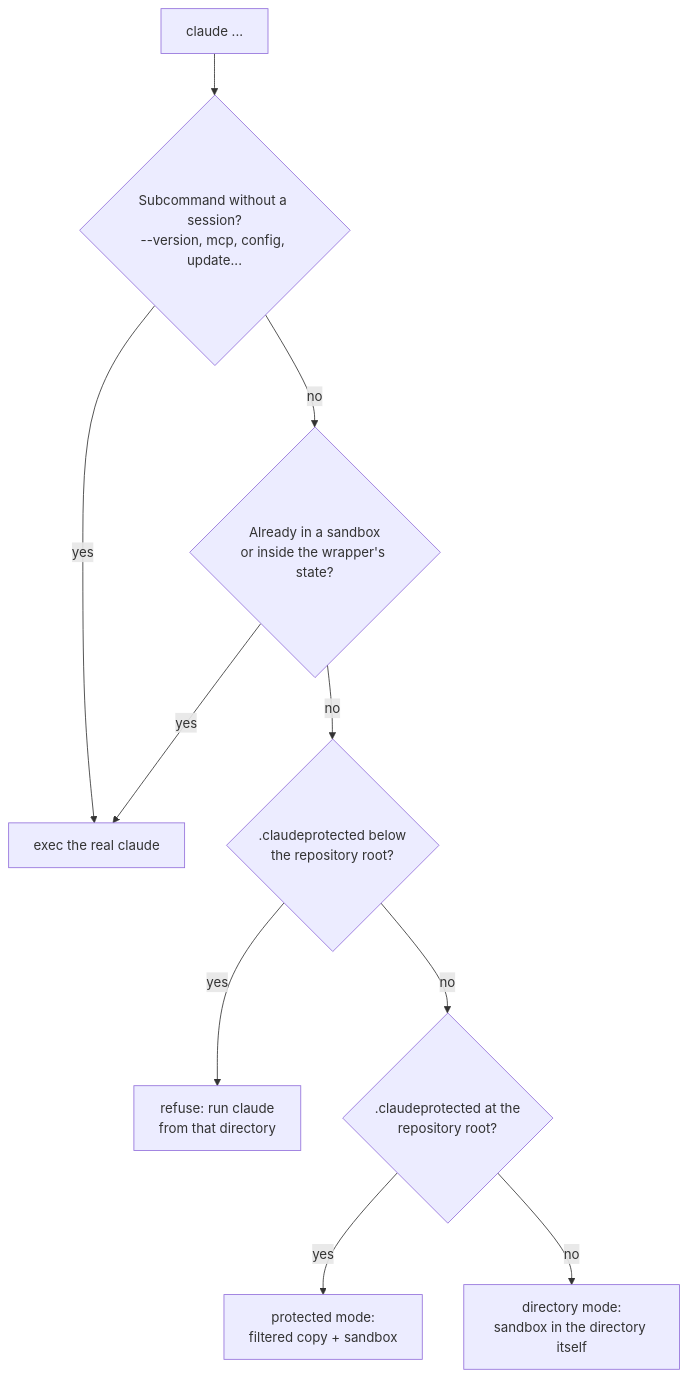
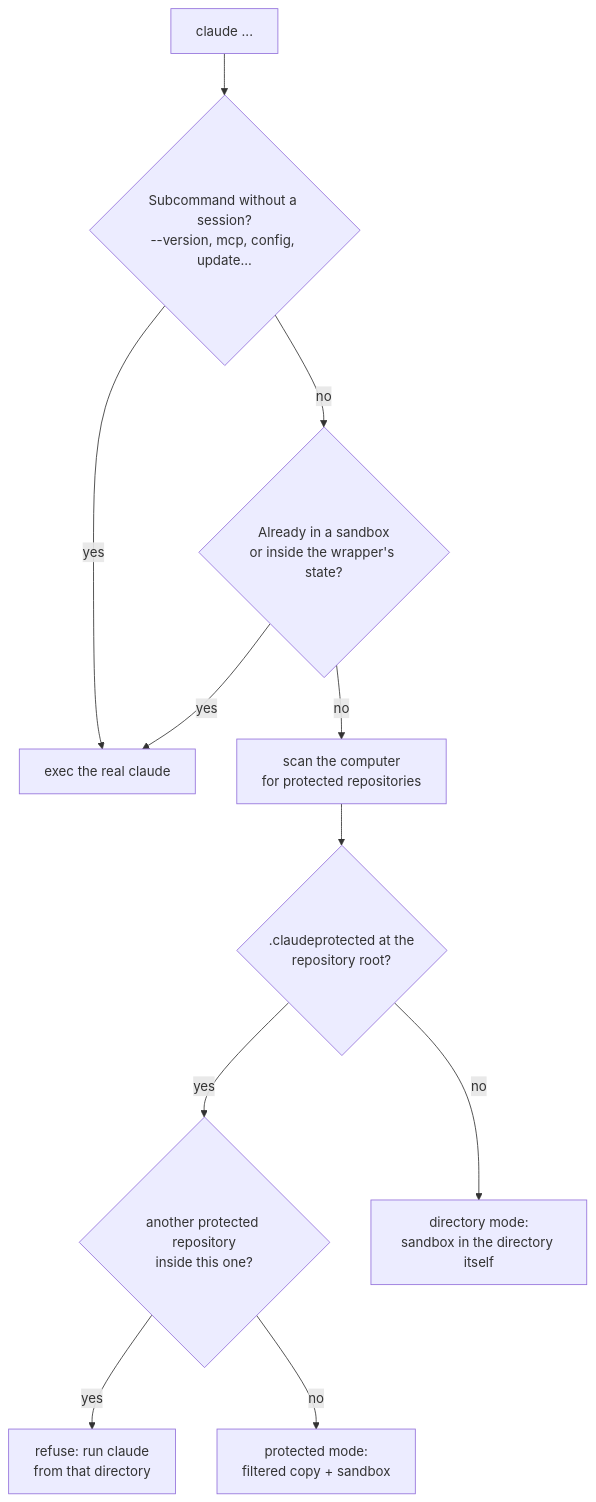
One commit to Lenstra/claude-secure-sandbox changed the second of 4 diagrams in docs/ARCHITECTURE.md. Above: the diagram before and after it, drawn with Mermaid. The commit also changed other lines of this file and 2 other files, not shown here.

First line of the commit message:
docs: document the denylist read model and the scan at each launch

````diff
--- a/docs/ARCHITECTURE.md
+++ b/docs/ARCHITECTURE.md
@@ -114,12 +114,13 @@
 ```mermaid
 flowchart TD
   start["claude ..."] --> sub{"Subcommand without a session?<br/>--version, mcp, config, update..."}
   sub -- yes --> real["exec the real claude"]
   sub -- no --> inside{"Already in a sandbox<br/>or inside the wrapper's state?"}
   inside -- yes --> real
-  inside -- no --> nested{".claudeprotected below<br/>the repository root?"}
+  inside -- no --> scan["scan the computer<br/>for protected repositories"]
+  scan --> root{".claudeprotected at the<br/>repository root?"}
+  root -- yes --> nested{"another protected repository<br/>inside this one?"}
   nested -- yes --> refuse["refuse: run claude<br/>from that directory"]
-  nested -- no --> root{".claudeprotected at the<br/>repository root?"}
-  root -- yes --> protected["protected mode:<br/>filtered copy + sandbox"]
+  nested -- no --> protected["protected mode:<br/>filtered copy + sandbox"]
   root -- no --> directory["directory mode:<br/>sandbox in the directory itself"]
 ```
````
